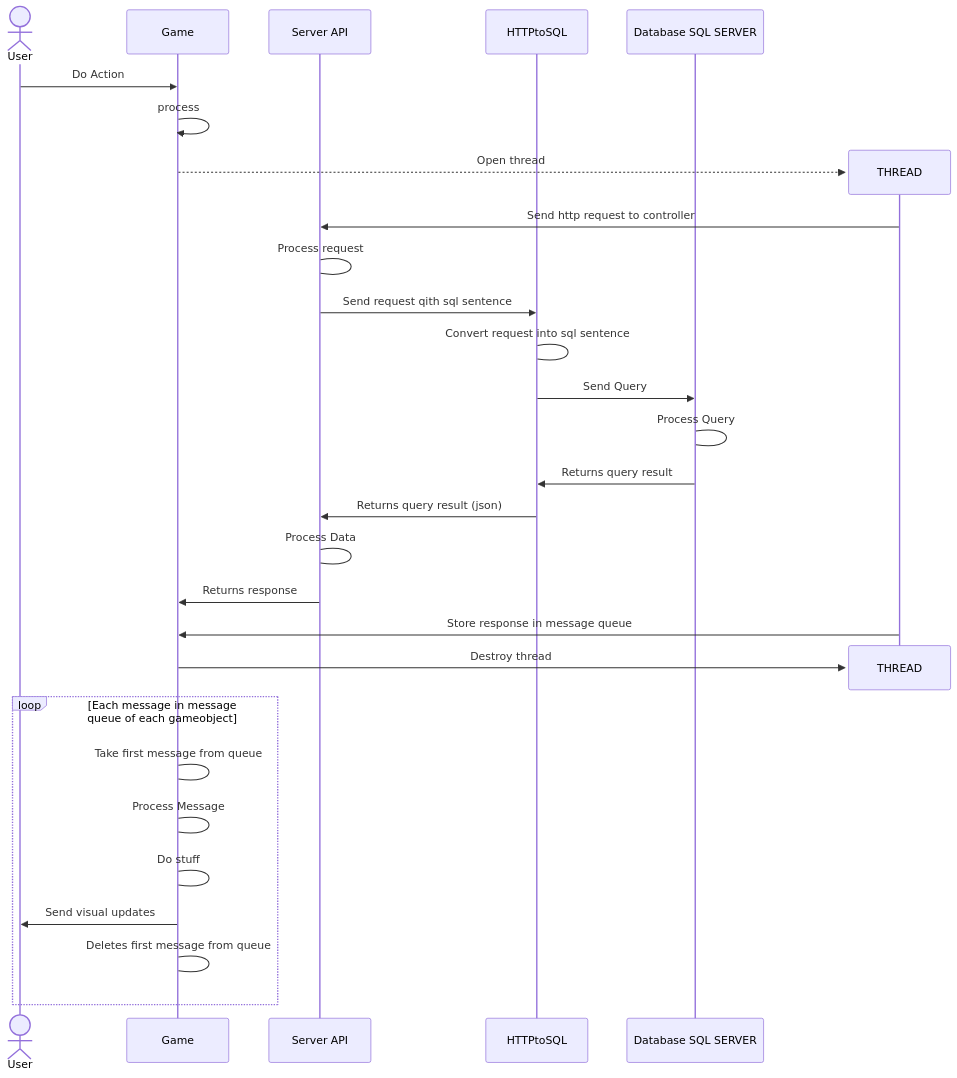
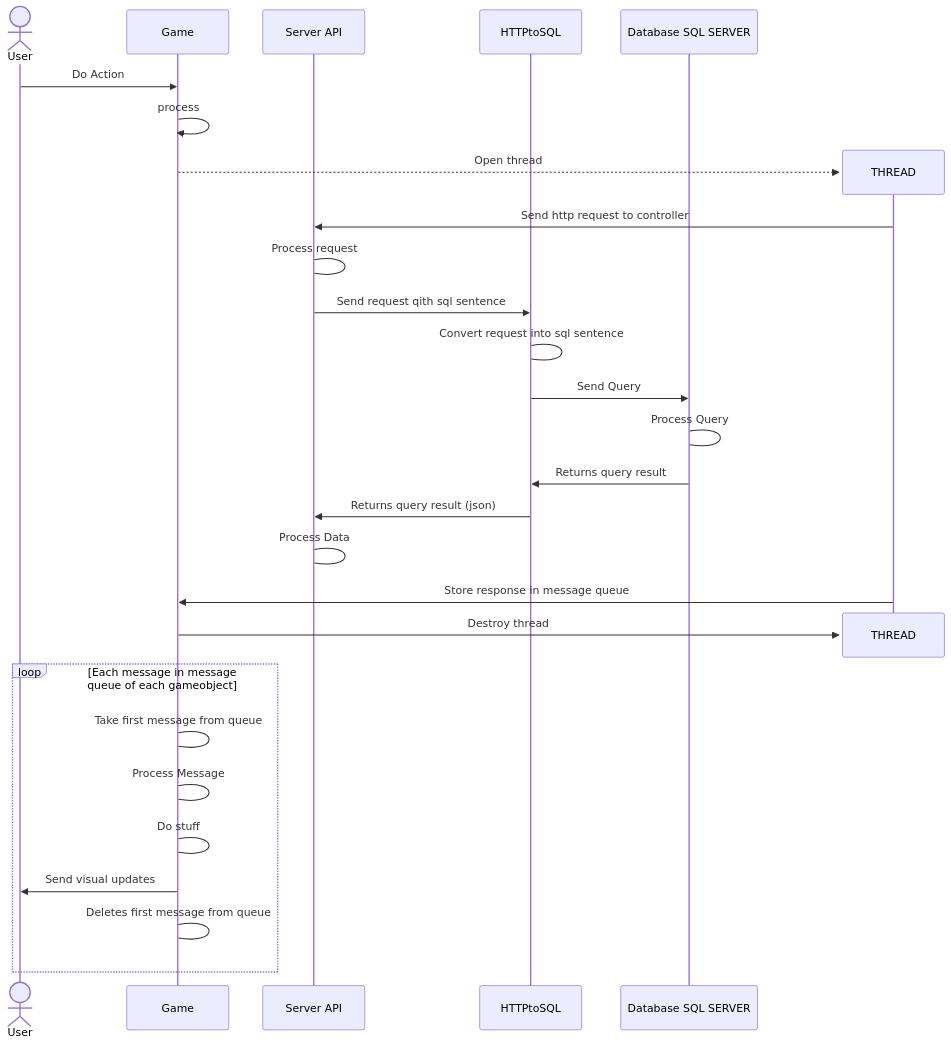
The diagram in GeneralDataflow.mmd (dchaves80/Automata), drawn with Mermaid before and after one commit.

```diff
--- a/GeneralDataflow.mmd
+++ b/GeneralDataflow.mmd
@@ -1,35 +1,34 @@
 sequenceDiagram
   actor user as User
   participant client as Game
   participant server as Server API
   participant httpsql as HTTPtoSQL
   participant database as Database SQL SERVER
 %% 1
   user->>client: Do Action
   client->>client: process
 %% 1
   create participant thread as THREAD
   client-->>thread:Open thread
   thread->>server:Send http request to controller
   server->server:Process request
   server->>httpsql:Send request qith sql sentence
   httpsql->httpsql:Convert request into sql sentence
   httpsql->>database:Send Query
   database->database:Process Query
 %% 3
   database->>httpsql:Returns query result
   httpsql->>server:Returns query result (json)
   server->server:Process Data
-  server->>client:Returns response
   thread->>client:Store response in message queue
   destroy thread
   client->>thread:Destroy thread
   
 %% 4
   loop Each message in message queue of each gameobject
     client->client:Take first message from queue
     client->client:Process Message
     client->client:Do stuff
     client->>user:Send visual updates
     client->client:Deletes first message from queue
   end
```
